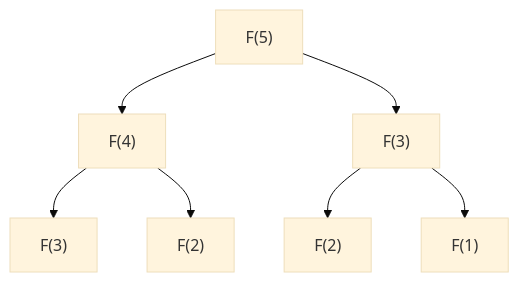
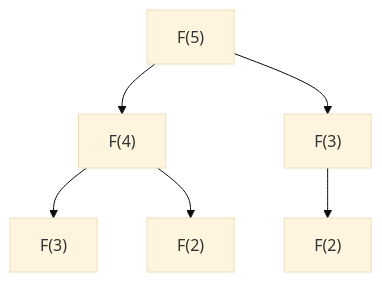
Before and after one commit to 2ndSilverMan/BFB_of_CS: the diagram in Algorithms/DP-Basics.md, drawn with Mermaid (base theme). The commit also changed other lines of this file and 534 other files, not shown here.

````diff
--- a/Algorithms/DP-Basics.md
+++ b/Algorithms/DP-Basics.md
@@ -18,9 +19,8 @@
 ```mermaid
 graph TD
     F5["F(5)"] --> F4["F(4)"]
     F5 --> F3a["F(3)"]
     F4 --> F3b["F(3)"]
     F4 --> F2a["F(2)"]
     F3a --> F2b["F(2)"]
-    F3a --> F1a["F(1)"]
 ```
````
